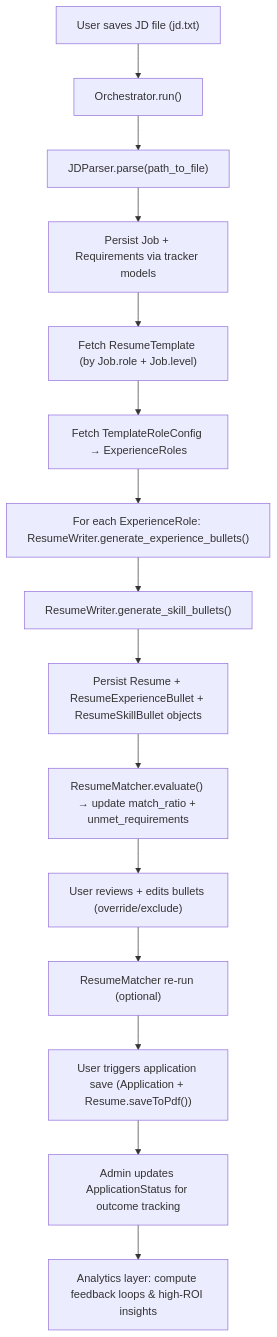
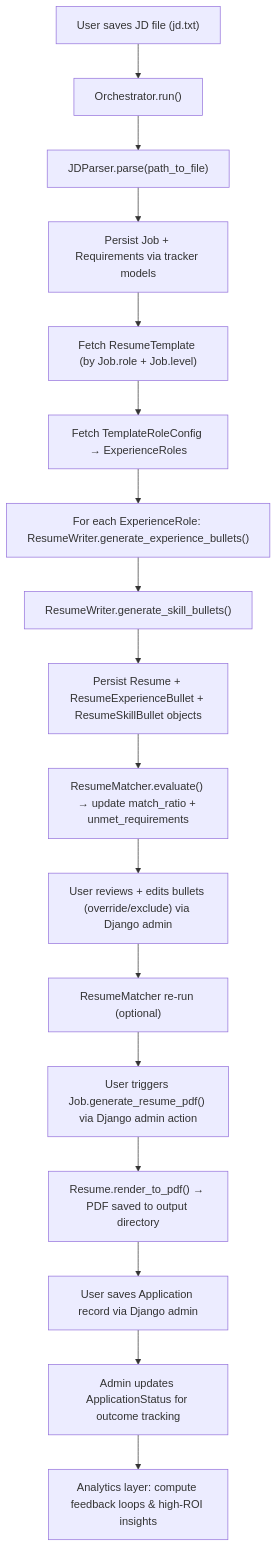
One commit to vhidrogo/job-search-automation changed the second of 2 diagrams in docs/system_design.md. Above: the diagram before and after it, drawn with Mermaid. The commit also changed other lines of this file, not shown here.

Commit message:
docs: update design for rendering resumes to pdf

````diff
--- a/docs/system_design.md
+++ b/docs/system_design.md
@@ -397,17 +400,19 @@
 ```mermaid
 flowchart TD
     A["User saves JD file (jd.txt)"] --> B["Orchestrator.run()"]
     B --> C["JDParser.parse(path_to_file)"]
     C --> D["Persist Job + Requirements via tracker models"]
     D --> E["Fetch ResumeTemplate (by Job.role + Job.level)"]
     E --> F["Fetch TemplateRoleConfig → ExperienceRoles"]
     F --> G["For each ExperienceRole: ResumeWriter.generate_experience_bullets()"]
     G --> H["ResumeWriter.generate_skill_bullets()"]
     H --> I["Persist Resume + ResumeExperienceBullet + ResumeSkillBullet objects"]
     I --> J["ResumeMatcher.evaluate() → update match_ratio + unmet_requirements"]
-    J --> K["User reviews + edits bullets (override/exclude)"]
+    J --> K["User reviews + edits bullets (override/exclude) via Django admin"]
     K --> L["ResumeMatcher re-run (optional)"]
-    L --> M["User triggers application save (Application + Resume.saveToPdf())"]
-    M --> N["Admin updates ApplicationStatus for outcome tracking"]
-    N --> O["Analytics layer: compute feedback loops & high-ROI insights"]
+    L --> M["User triggers Job.generate_resume_pdf() via Django admin action"]
+    M --> N["Resume.render_to_pdf() → PDF saved to output directory"]
+    N --> O["User saves Application record via Django admin"]
+    O --> P["Admin updates ApplicationStatus for outcome tracking"]
+    P --> Q["Analytics layer: compute feedback loops & high-ROI insights"]
 ```
````
